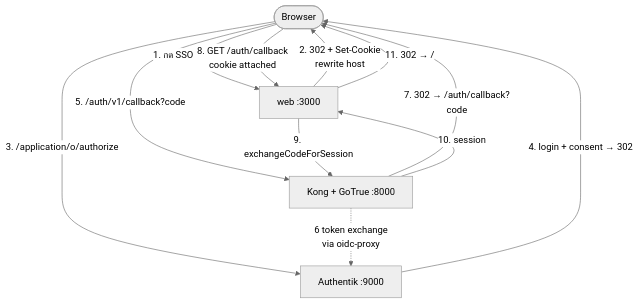
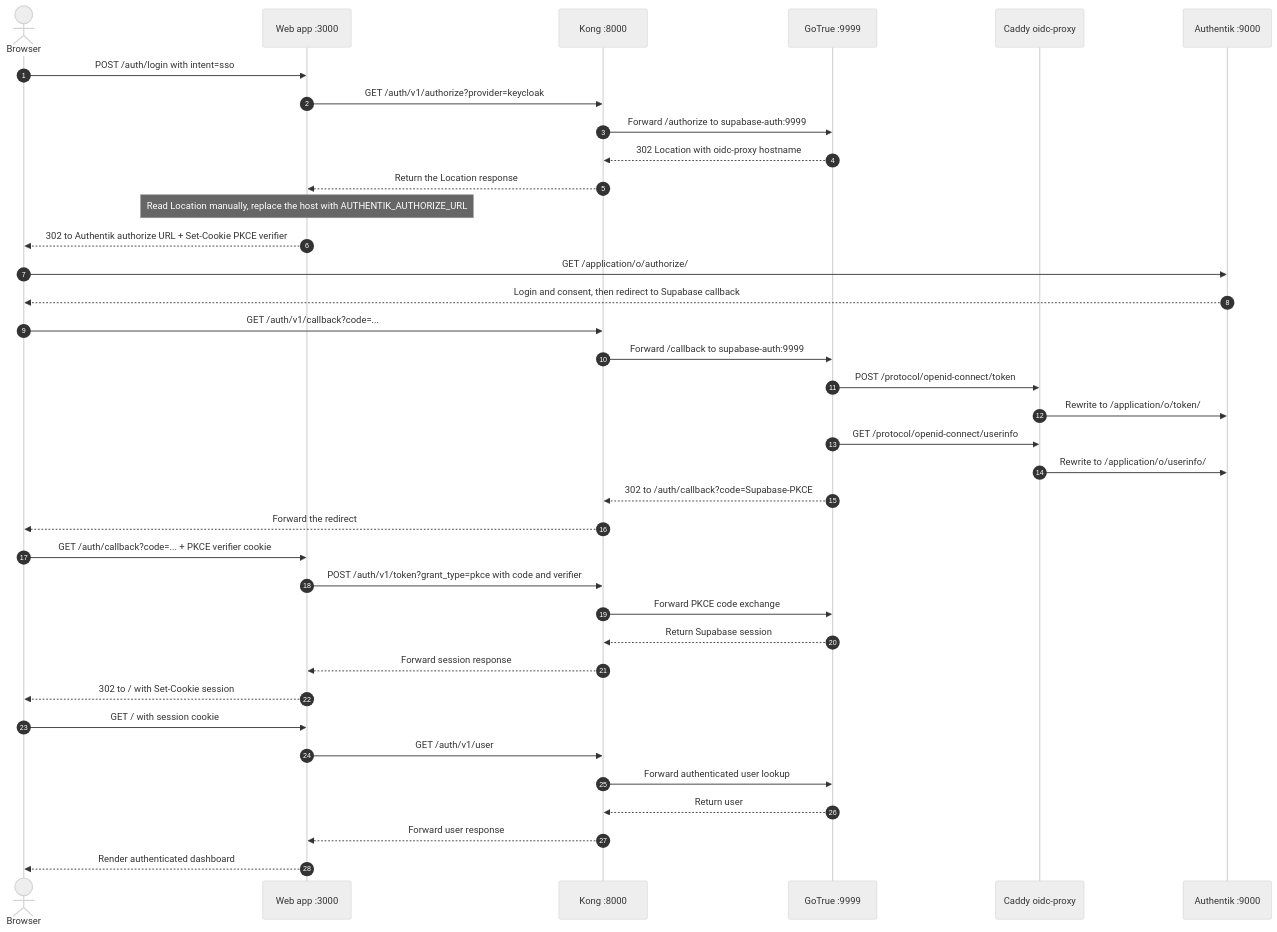
The diagram in README.md (yongyut-wil/authentik-supabase-sso-poc), drawn with Mermaid (neutral theme) before and after one commit. The commit also changed other lines of this file and 1 other file, not shown here.

Commit message:
docs(sso): document verified setup and SSO flow

````diff
--- a/README.md
+++ b/README.md
@@ -9,19 +80,40 @@
 ```mermaid
-flowchart TB
-  B([Browser])
-  W[web :3000]
-  K[Kong + GoTrue :8000]
-  A[Authentik :9000]
+sequenceDiagram
+    autonumber
+    actor B as Browser
+    participant W as Web app :3000
+    participant K as Kong :8000
+    participant G as GoTrue :9999
+    participant C as Caddy oidc-proxy
+    participant A as Authentik :9000
 
-  B  -->|1. กด SSO| W
-  W  -->|2. 302 + Set-Cookie<br/>rewrite host| B
-  B  -->|3. /application/o/authorize| A
-  A  -->|4. login + consent → 302| B
-  B  -->|5. /auth/v1/callback?code| K
-  K  -.->|6 token exchange<br/>via oidc-proxy| A
-  K  -->|7. 302 → /auth/callback?code| B
-  B  -->|8. GET /auth/callback<br/>cookie attached| W
-  W  -->|9. exchangeCodeForSession| K
-  K  -->|10. session| W
-  W  -->|11. 302 → /| B
+    B->>W: POST /auth/login with intent=sso
+    W->>K: GET /auth/v1/authorize?provider=keycloak
+    K->>G: Forward /authorize to supabase-auth:9999
+    G-->>K: 302 Location with oidc-proxy hostname
+    K-->>W: Return the Location response
+    Note over W: Read Location manually, replace the host with AUTHENTIK_AUTHORIZE_URL
+    W-->>B: 302 to Authentik authorize URL + Set-Cookie PKCE verifier
+    B->>A: GET /application/o/authorize/
+    A-->>B: Login and consent, then redirect to Supabase callback
+    B->>K: GET /auth/v1/callback?code=...
+    K->>G: Forward /callback to supabase-auth:9999
+    G->>C: POST /protocol/openid-connect/token
+    C->>A: Rewrite to /application/o/token/
+    G->>C: GET /protocol/openid-connect/userinfo
+    C->>A: Rewrite to /application/o/userinfo/
+    G-->>K: 302 to /auth/callback?code=Supabase-PKCE
+    K-->>B: Forward the redirect
+    B->>W: GET /auth/callback?code=... + PKCE verifier cookie
+    W->>K: POST /auth/v1/token?grant_type=pkce with code and verifier
+    K->>G: Forward PKCE code exchange
+    G-->>K: Return Supabase session
+    K-->>W: Forward session response
+    W-->>B: 302 to / with Set-Cookie session
+    B->>W: GET / with session cookie
+    W->>K: GET /auth/v1/user
+    K->>G: Forward authenticated user lookup
+    G-->>K: Return user
+    K-->>W: Forward user response
+    W-->>B: Render authenticated dashboard
 ```
````
